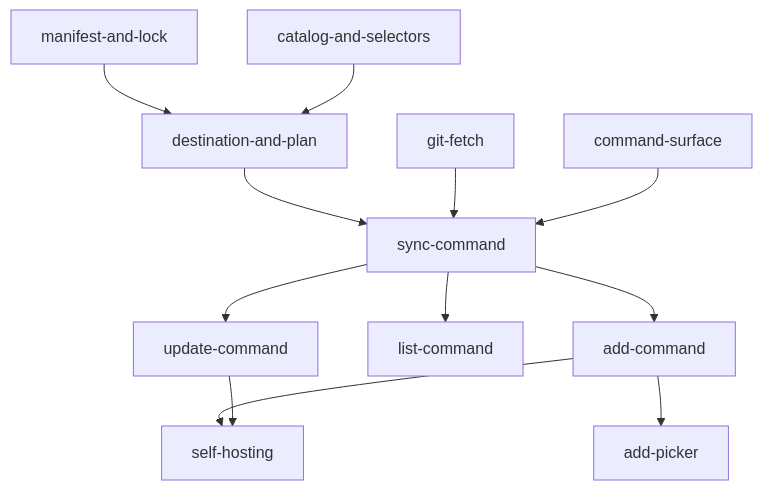
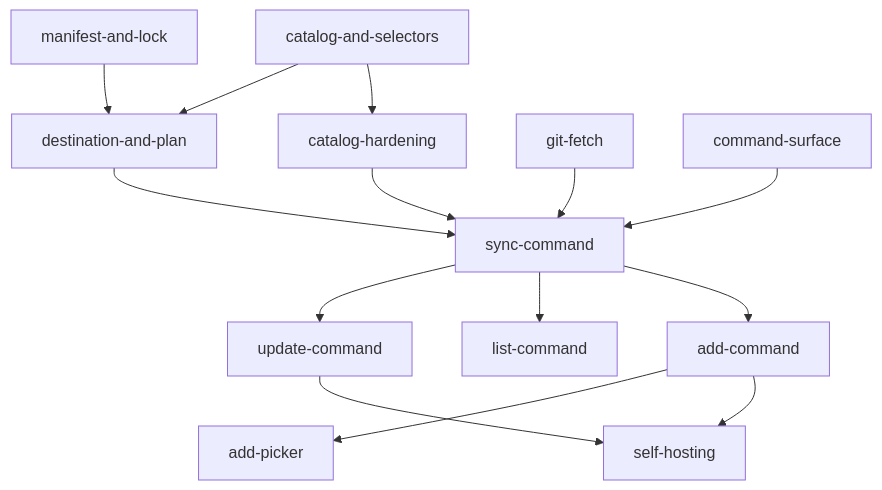
The diagram in openspec/IMPLEMENTATION-ORDER.md (optioni/graft), drawn with Mermaid before and after one commit. The commit also changed other lines of this file and 1 other file, not shown here.

First line of the commit message:
docs(openspec): record catalog-hardening in the roadmap

````diff
--- a/openspec/IMPLEMENTATION-ORDER.md
+++ b/openspec/IMPLEMENTATION-ORDER.md
@@ -61,14 +62,16 @@
 ```mermaid
 graph TD
   manifest-and-lock --> destination-and-plan
   catalog-and-selectors --> destination-and-plan
+  catalog-and-selectors --> catalog-hardening
+  catalog-hardening --> sync-command
   destination-and-plan --> sync-command
   git-fetch --> sync-command
   command-surface --> sync-command
   sync-command --> update-command
   sync-command --> list-command
   sync-command --> add-command
   add-command --> add-picker
   add-command --> self-hosting
   update-command --> self-hosting
 ```
````
